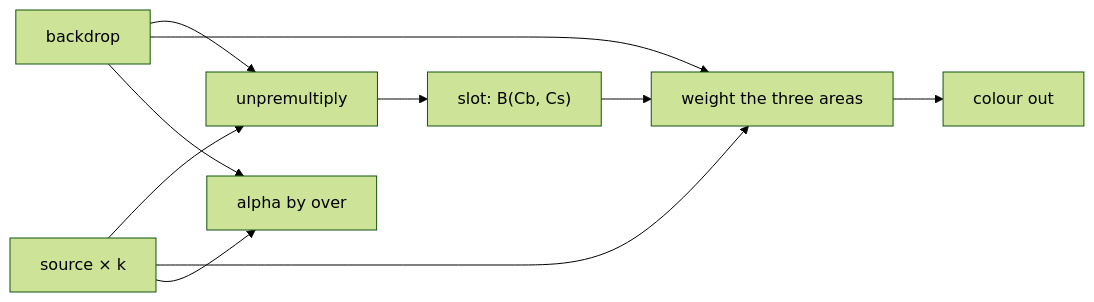
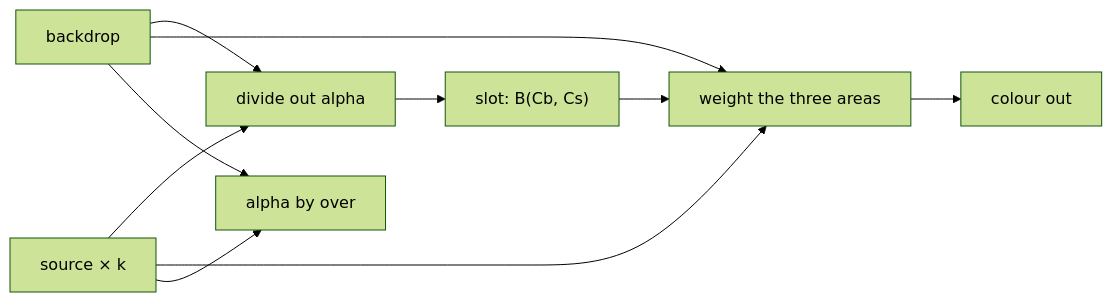
One commit to wesen/chromobench changed the diagram in docs/patterns/modular/04-a-slot-in-the-formula.md. Above: the diagram before and after it, drawn with Mermaid (forest theme). The commit also changed other lines of this file and 2 other files, not shown here.

````diff
--- a/docs/patterns/modular/04-a-slot-in-the-formula.md
+++ b/docs/patterns/modular/04-a-slot-in-the-formula.md
@@ -102,12 +106,12 @@
 ```mermaid
 flowchart LR
-  BK[backdrop] --> AD[unpremultiply]
+  BK[backdrop] --> AD[divide out alpha]
   SR[source × k] --> AD
   AD --> B["slot: B(Cb, Cs)"]
   B --> W[weight the three areas]
   BK --> W
   SR --> W
   W --> C[colour out]
   SR --> A[alpha by over]
   BK --> A
 ```
````
